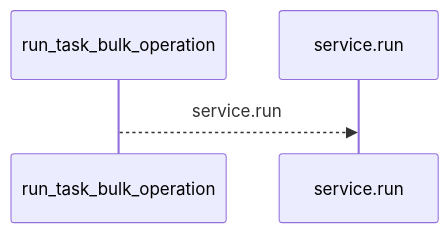
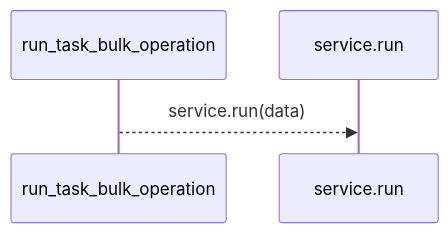
The first of 2 diagrams in docs/llm_wiki/flows/http-run_task_bulk_operation.md (Denissvgn/WorkChord), drawn with Mermaid before and after one commit. The commit also changed other lines of this file and 25171 other files, not shown here.

````diff
--- a/docs/llm_wiki/flows/http-run_task_bulk_operation.md
+++ b/docs/llm_wiki/flows/http-run_task_bulk_operation.md
@@ -10,6 +12,6 @@
 ```mermaid
 sequenceDiagram
     participant p0 as run_task_bulk_operation
     participant p1 as service.run
-    p0-->>p1: service.run
+    p0-->>p1: service.run(data)
 ```
````
